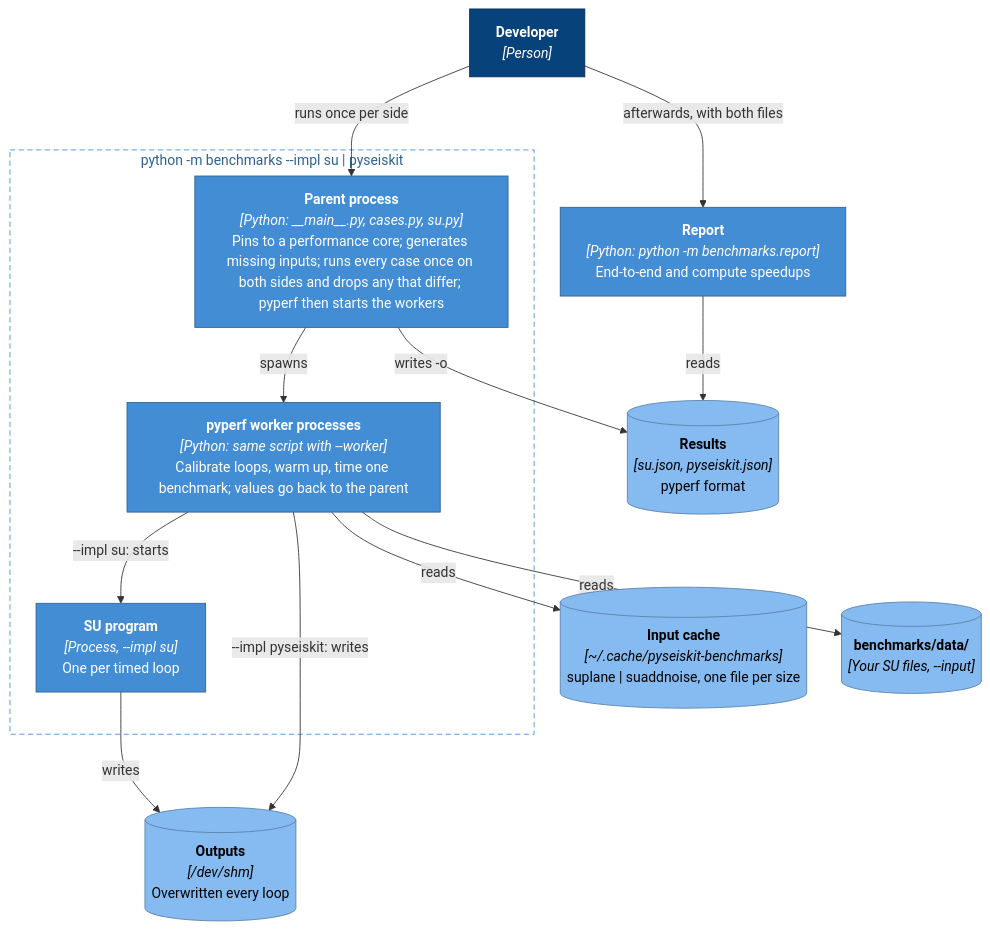
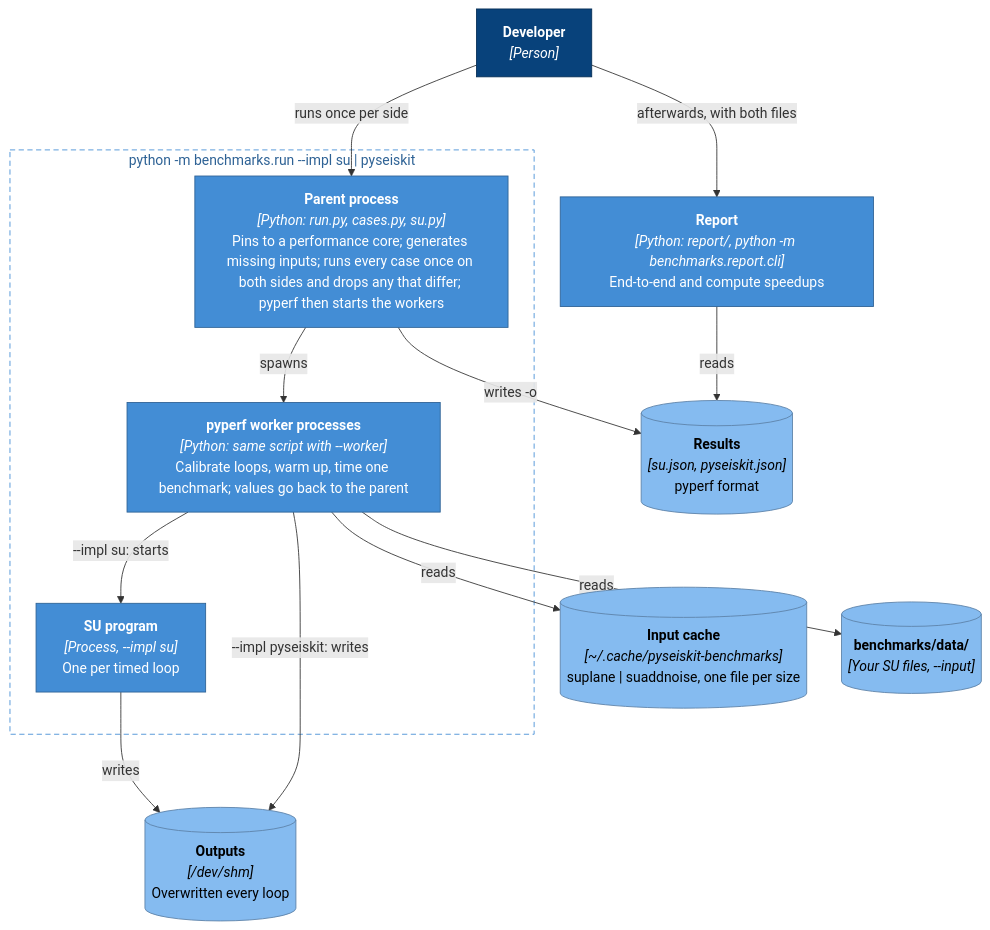
The diagram in docs/diagrams/benchmarks/2-containers.mmd (PETROGEO-UFRN/pyseiskit), drawn with Mermaid before and after one commit. The commit also changed 16 other files, not shown here.

```diff
--- a/docs/diagrams/benchmarks/2-containers.mmd
+++ b/docs/diagrams/benchmarks/2-containers.mmd
@@ -1,35 +1,35 @@
 %% C4 level 2, Containers: the processes and files of one run (one --impl).
 %%{init: {"flowchart": {"wrappingWidth": 300, "nodeSpacing": 40, "rankSpacing": 60}}}%%
 flowchart TB
     dev["<b>Developer</b><br/><i>[Person]</i>"]
 
-    subgraph run["python -m benchmarks --impl su | pyseiskit"]
-        parent["<b>Parent process</b><br/><i>[Python: __main__.py, cases.py, su.py]</i><br/>Pins to a performance core; generates missing inputs; runs every case once on both sides and drops any that differ; pyperf then starts the workers"]
+    subgraph run["python -m benchmarks.run --impl su | pyseiskit"]
+        parent["<b>Parent process</b><br/><i>[Python: run.py, cases.py, su.py]</i><br/>Pins to a performance core; generates missing inputs; runs every case once on both sides and drops any that differ; pyperf then starts the workers"]
         worker["<b>pyperf worker processes</b><br/><i>[Python: same script with --worker]</i><br/>Calibrate loops, warm up, time one benchmark; values go back to the parent"]
         suproc["<b>SU program</b><br/><i>[Process, --impl su]</i><br/>One per timed loop"]
     end
 
     cache[("<b>Input cache</b><br/><i>[~/.cache/pyseiskit-benchmarks]</i><br/>suplane | suaddnoise, one file per size")]
     data[("<b>benchmarks/data/</b><br/><i>[Your SU files, --input]</i>")]
     shm[("<b>Outputs</b><br/><i>[/dev/shm]</i><br/>Overwritten every loop")]
     json[("<b>Results</b><br/><i>[su.json, pyseiskit.json]</i><br/>pyperf format")]
 
     dev -- "runs once per side" --> parent
     parent -- "spawns" --> worker
     worker -- "--impl su: starts" --> suproc
     worker -- "reads" --> cache
     worker -- "reads" --> data
     suproc -- "writes" --> shm
     worker -- "--impl pyseiskit: writes" --> shm
     parent -- "writes -o" --> json
-    report["<b>Report</b><br/><i>[Python: python -m benchmarks.report]</i><br/>End-to-end and compute speedups"]
+    report["<b>Report</b><br/><i>[Python: report/, python -m benchmarks.report.cli]</i><br/>End-to-end and compute speedups"]
     dev -- "afterwards, with both files" --> report
     report -- "reads" --> json
 
     classDef person fill:#08427b,stroke:#052e56,color:#fff
     classDef container fill:#438dd5,stroke:#2e6295,color:#fff
     classDef store fill:#85bbf0,stroke:#5d82a8,color:#000
     class dev person
     class parent,worker,suproc,report container
     class cache,data,shm,json store
     style run fill:#ffffff,stroke:#438dd5,stroke-dasharray:6 4,color:#2e6295
```
